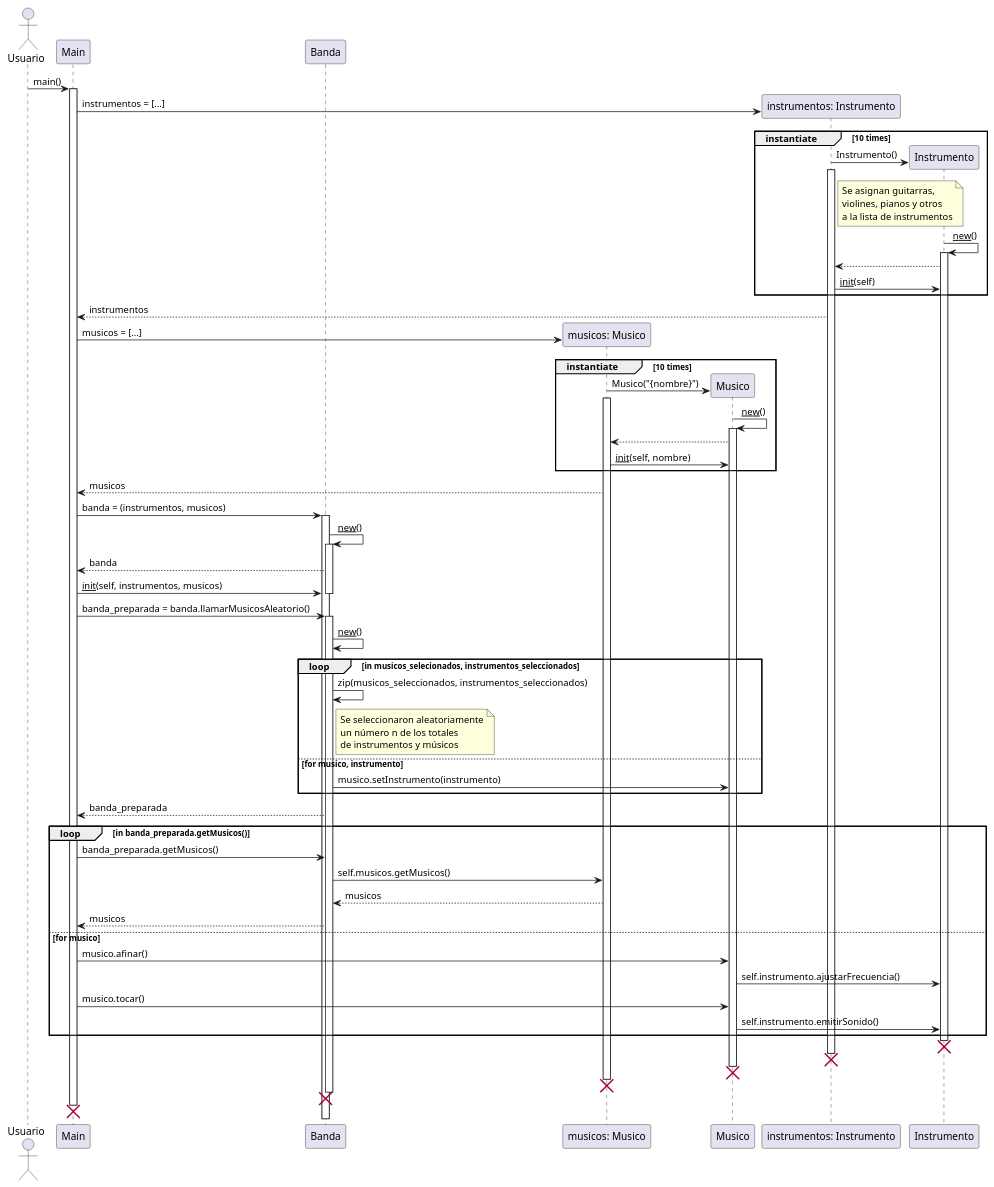
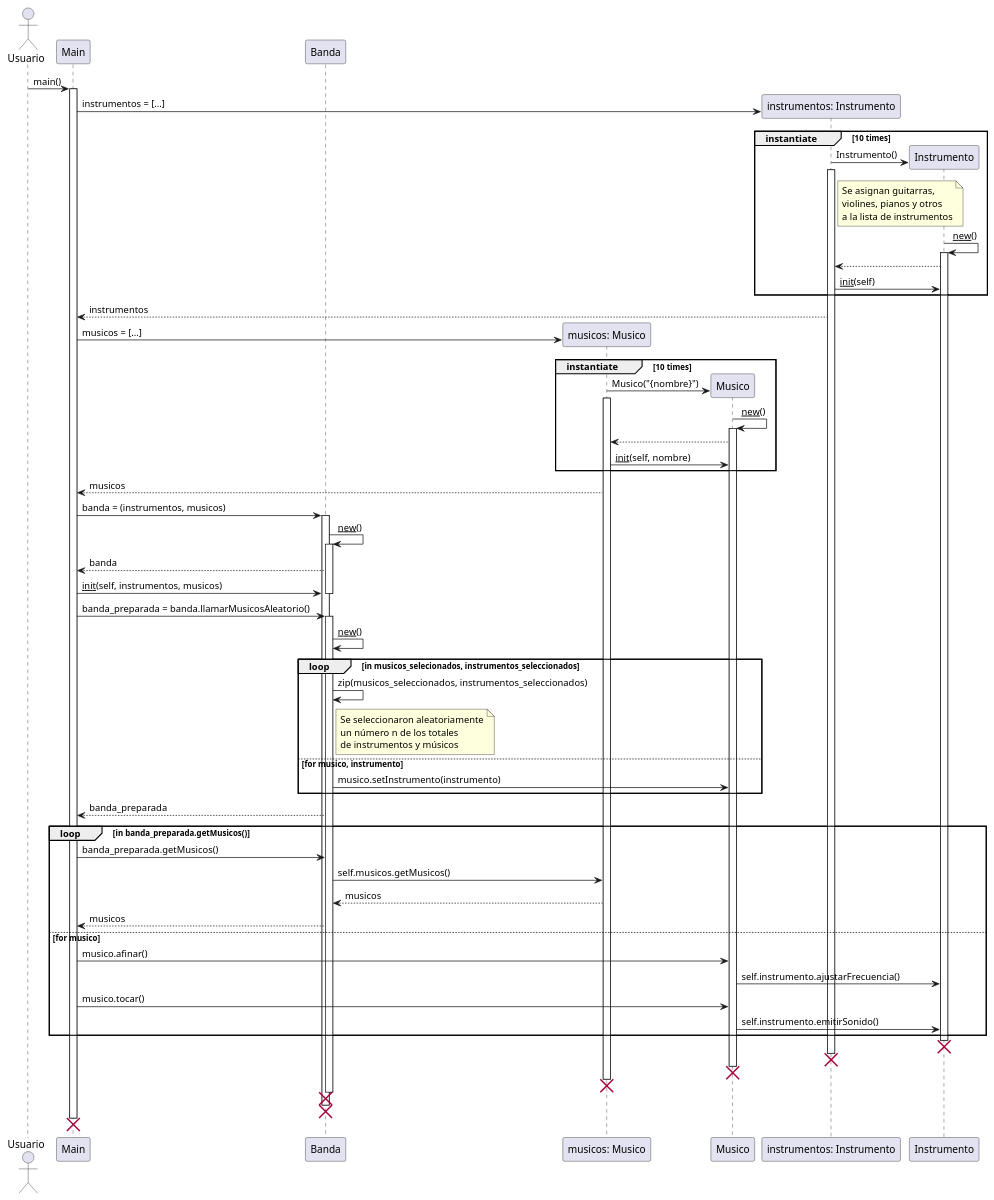
Before and after one commit to Inaryuta/Entregable-I-Modelos-Programacion-II: the diagram in diagramas/codigos/DiagramaSecuencia.puml, drawn with PlantUML. The commit also changed 1 other file, not shown here.

Commit message:
Corrección mínima en diagrama de secuencia

```diff
--- a/diagramas/codigos/DiagramaSecuencia.puml
+++ b/diagramas/codigos/DiagramaSecuencia.puml
@@ -1,100 +1,101 @@
 @startuml Diagrama de Secuencia
 actor Usuario
 participant Main
 participant Banda
 participant "musicos: Musico"
 participant Musico
 participant "instrumentos: Instrumento"
 participant Instrumento
 
 
 Usuario -> Main : main()
 activate Main
 
 create "instrumentos: Instrumento"
 Main -> "instrumentos: Instrumento" : instrumentos = [...]
 
 group instantiate [10 times]
     create Instrumento
     "instrumentos: Instrumento" -> Instrumento : Instrumento()
     activate "instrumentos: Instrumento"
 
     note right of "instrumentos: Instrumento"
         Se asignan guitarras,
         violines, pianos y otros
         a la lista de instrumentos
     end note
 
     Instrumento -> Instrumento: __new__()
     activate Instrumento
 
     Instrumento --> "instrumentos: Instrumento"
     "instrumentos: Instrumento" -> Instrumento: __init__(self)
 end
 "instrumentos: Instrumento" --> Main : instrumentos
 
 
 
 create "musicos: Musico"
 Main -> "musicos: Musico" : musicos = [...]
 
 group instantiate [10 times]
     create Musico
     "musicos: Musico" -> Musico: Musico("{nombre}")
     activate "musicos: Musico"
 
     Musico -> Musico: __new__()
     activate Musico
 
     Musico --> "musicos: Musico"
     "musicos: Musico" -> Musico: __init__(self, nombre)
 end
 "musicos: Musico" --> Main: musicos
 
 
 Main -> Banda : banda = (instrumentos, musicos)
 activate Banda
 Banda -> Banda : __new__()
 activate Banda
 Banda --> Main: banda
 Main -> Banda : __init__(self, instrumentos, musicos)
 deactivate Banda
 Main -> Banda : banda_preparada = banda.llamarMusicosAleatorio()
 activate Banda
 Banda -> Banda : __new__()
 
 loop in musicos_selecionados, instrumentos_seleccionados
     Banda -> Banda: zip(musicos_seleccionados, instrumentos_seleccionados)
 
     note right of Banda
         Se seleccionaron aleatoriamente
         un número n de los totales
         de instrumentos y músicos
     end note
 
 else for musico, instrumento
     Banda -> Musico: musico.setInstrumento(instrumento)
 end loop
 
 
 Banda --> Main : banda_preparada
 
 loop in banda_preparada.getMusicos()
     Main -> Banda : banda_preparada.getMusicos()
     Banda -> "musicos: Musico" : self.musicos.getMusicos()
     "musicos: Musico" --> Banda : musicos
     Banda --> Main: musicos
 else for musico
     Main -> Musico: musico.afinar()
     Musico -> Instrumento: self.instrumento.ajustarFrecuencia()
     Main -> Musico: musico.tocar()
     Musico -> Instrumento: self.instrumento.emitirSonido()
 end loop
 
 destroy Instrumento
 destroy "instrumentos: Instrumento"
 destroy Musico
 destroy "musicos: Musico"
 destroy Banda
+destroy Banda
 destroy Main
 @enduml
```
